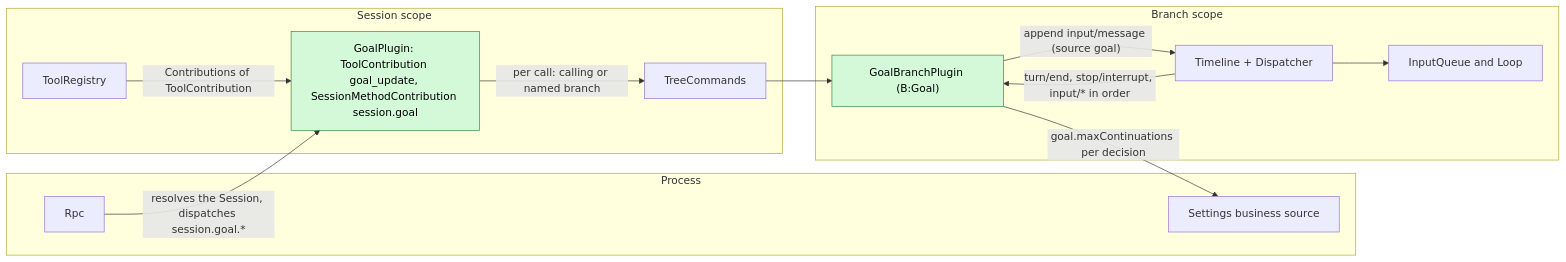
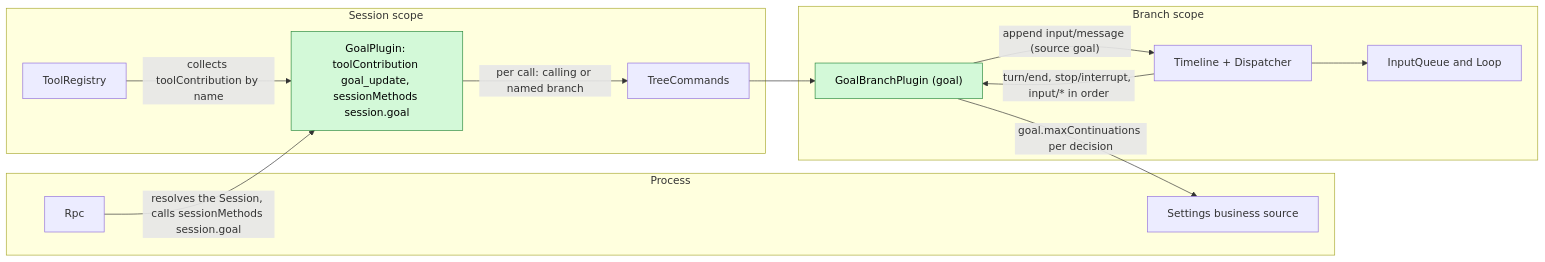
The first of 6 diagrams in docs/design/plugins/Goal.md (CoutinhoTTS/dim-agent), drawn with Mermaid before and after one commit. The commit also changed other lines of this file and 3 other files, not shown here.

````diff
--- a/docs/design/plugins/Goal.md
+++ b/docs/design/plugins/Goal.md
@@ -9,26 +9,26 @@
 ```mermaid
 flowchart LR
   subgraph PROC["Process"]
     Rpc["Rpc"]
     Settings["Settings business source"]
   end
   subgraph SESS["Session scope"]
-    GS["GoalPlugin: ToolContribution goal_update, SessionMethodContribution session.goal"]:::new
+    GS["GoalPlugin: toolContribution goal_update, sessionMethods session.goal"]:::new
     TR["ToolRegistry"]
     TC["TreeCommands"]
   end
   subgraph BR["Branch scope"]
-    GB["GoalBranchPlugin (B:Goal)"]:::new
+    GB["GoalBranchPlugin (goal)"]:::new
     TL["Timeline + Dispatcher"]
     IQ["InputQueue and Loop"]
   end
-  TR -- "Contributions of ToolContribution" --> GS
-  Rpc -- "resolves the Session, dispatches session.goal.*" --> GS
+  TR -- "collects toolContribution by name" --> GS
+  Rpc -- "resolves the Session, calls sessionMethods session.goal" --> GS
   GS -- "per call: calling or named branch" --> TC
   TC --> GB
   TL -- "turn/end, stop/interrupt, input/* in order" --> GB
   GB -- "append input/message (source goal)" --> TL
   GB -- "goal.maxContinuations per decision" --> Settings
   TL --> IQ
   classDef new fill:#d3f9d8,stroke:#2b8a3e,color:#000
 ```
````
